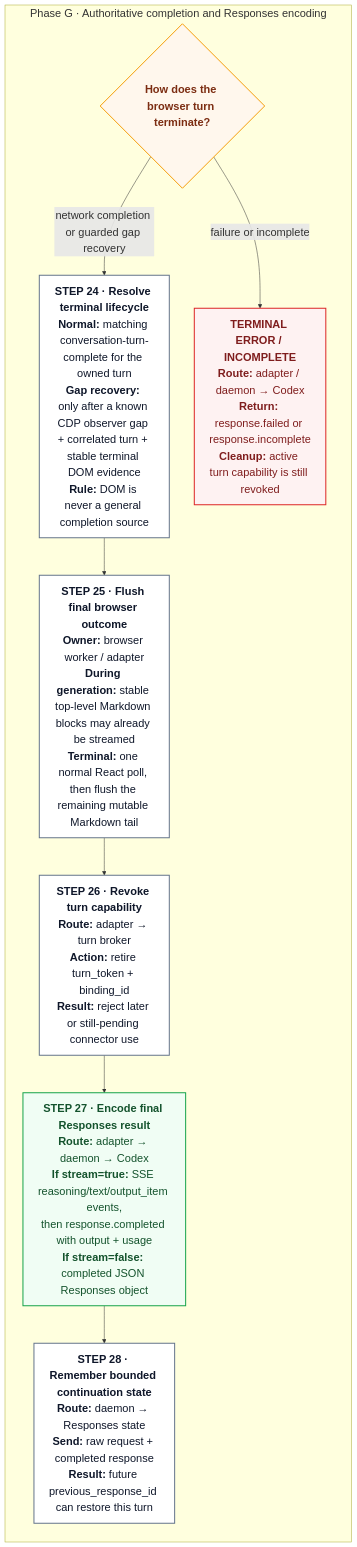
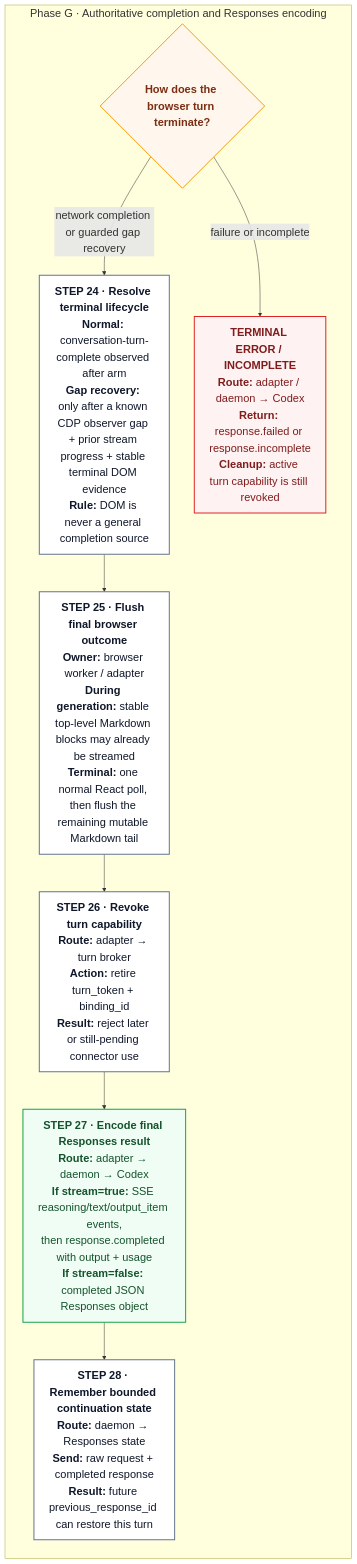
Before and after one commit to luongduy2798/lca-codex: the eighth of 8 diagrams in docs/architecture.md, drawn with Mermaid. The commit also changed other lines of this file and 3 other files, not shown here.

````diff
--- a/docs/architecture.md
+++ b/docs/architecture.md
@@ -222,22 +222,22 @@
 ```mermaid
 %%{init: {"themeVariables": {"fontSize": "22px"}, "flowchart": {"htmlLabels": true, "useMaxWidth": false}}}%%
 flowchart TD
     classDef card fill:#ffffff,stroke:#64748b,stroke-width:2px,color:#0f172a,font-size:22px
     classDef decision fill:#fff7ed,stroke:#f59e0b,stroke-width:2px,color:#7c2d12,font-size:22px
     classDef success fill:#f0fdf4,stroke:#16a34a,stroke-width:2px,color:#14532d,font-size:22px
     classDef error fill:#fef2f2,stroke:#dc2626,stroke-width:2px,color:#7f1d1d,font-size:22px
 
     subgraph PG["Phase G · Authoritative completion and Responses encoding"]
         direction TB
         Q24{"<b>How does the browser turn terminate?</b>"}:::decision
-        S24["<b>STEP 24 · Resolve terminal lifecycle</b><br/><b>Normal:</b> matching conversation-turn-complete for the owned turn<br/><b>Gap recovery:</b> only after a known CDP observer gap + correlated turn + stable terminal DOM evidence<br/><b>Rule:</b> DOM is never a general completion source"]:::card
+        S24["<b>STEP 24 · Resolve terminal lifecycle</b><br/><b>Normal:</b> conversation-turn-complete observed after arm<br/><b>Gap recovery:</b> only after a known CDP observer gap + prior stream progress + stable terminal DOM evidence<br/><b>Rule:</b> DOM is never a general completion source"]:::card
         S25["<b>STEP 25 · Flush final browser outcome</b><br/><b>Owner:</b> browser worker / adapter<br/><b>During generation:</b> stable top-level Markdown blocks may already be streamed<br/><b>Terminal:</b> one normal React poll, then flush the remaining mutable Markdown tail"]:::card
         S26["<b>STEP 26 · Revoke turn capability</b><br/><b>Route:</b> adapter → turn broker<br/><b>Action:</b> retire turn_token + binding_id<br/><b>Result:</b> reject later or still-pending connector use"]:::card
         S27["<b>STEP 27 · Encode final Responses result</b><br/><b>Route:</b> adapter → daemon → Codex<br/><b>If stream=true:</b> SSE reasoning/text/output_item events,<br/>then response.completed with output + usage<br/><b>If stream=false:</b> completed JSON Responses object"]:::success
         S28["<b>STEP 28 · Remember bounded continuation state</b><br/><b>Route:</b> daemon → Responses state<br/><b>Send:</b> raw request + completed response<br/><b>Result:</b> future previous_response_id can restore this turn"]:::card
         E24["<b>TERMINAL ERROR / INCOMPLETE</b><br/><b>Route:</b> adapter / daemon → Codex<br/><b>Return:</b> response.failed or response.incomplete<br/><b>Cleanup:</b> active turn capability is still revoked"]:::error
     end
 
     Q24 -- "network completion or guarded gap recovery" --> S24 --> S25 --> S26 --> S27 --> S28
     Q24 -- "failure or incomplete" --> E24
 ```
````
